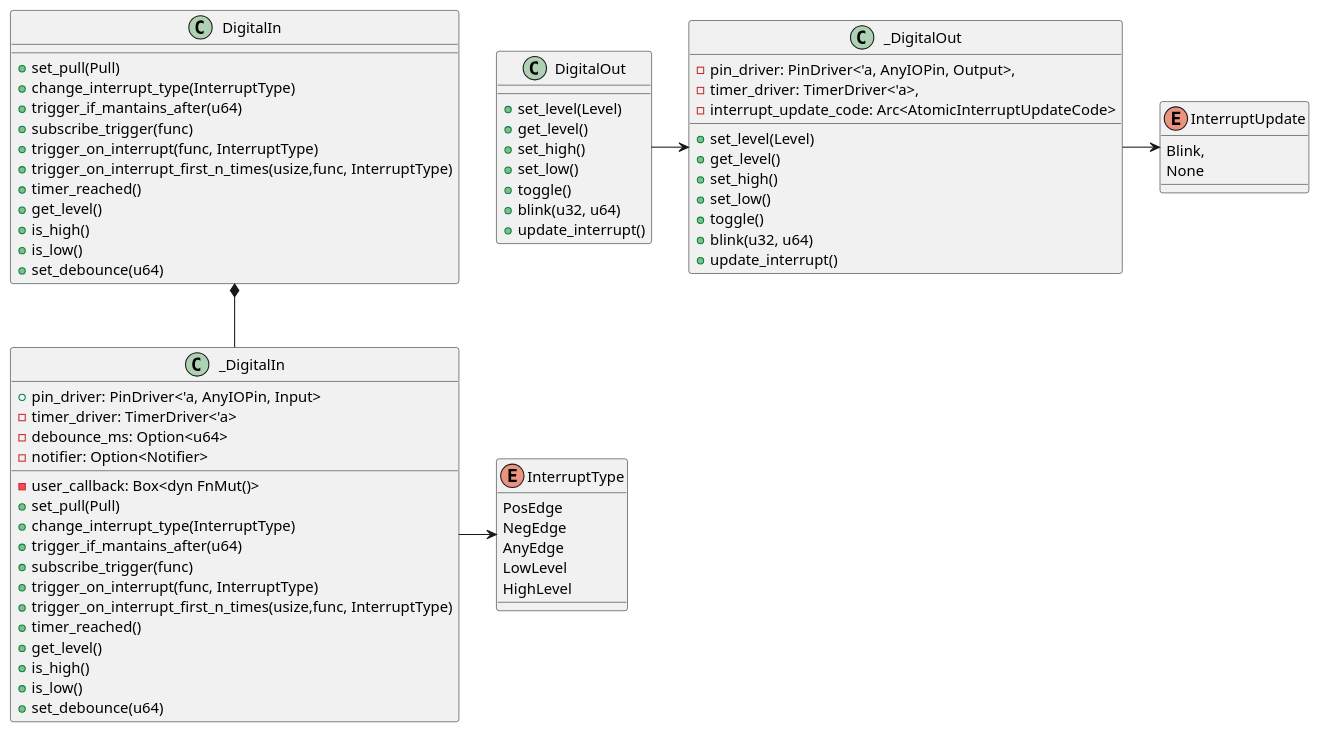
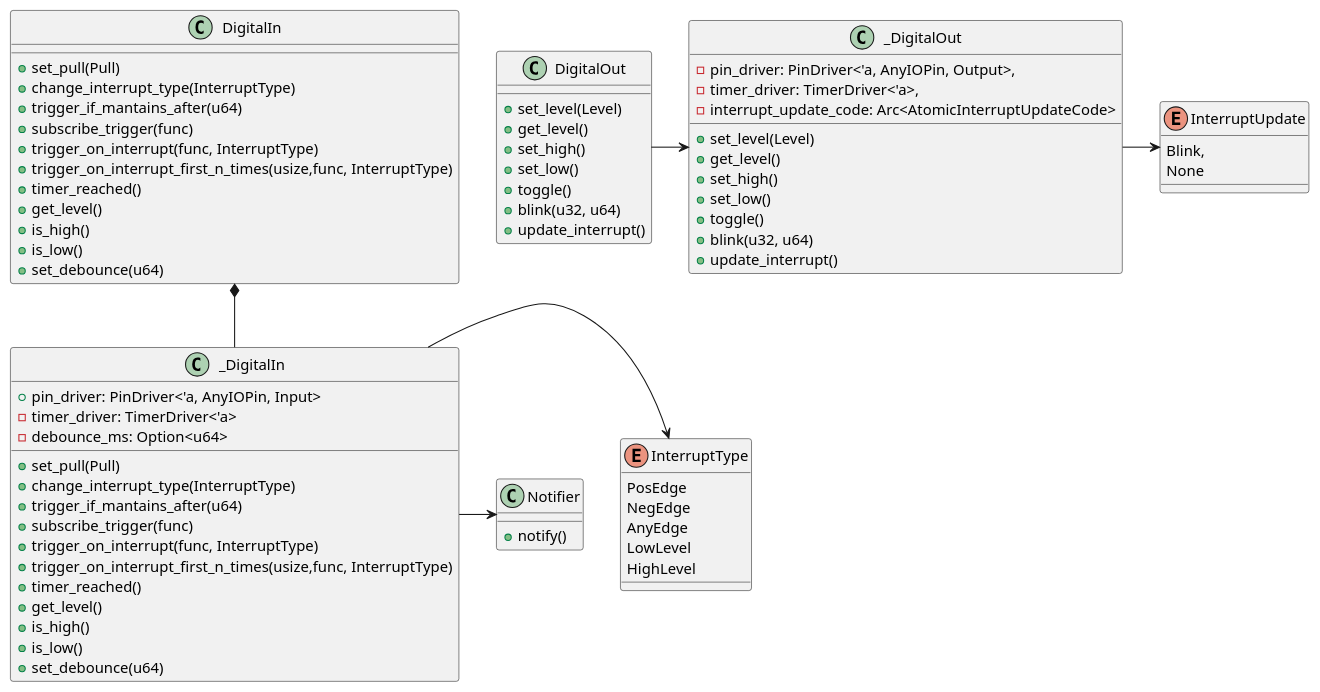
Before and after one commit to esp32framework/esp32framework: the diagram in diagrams/digital.puml, drawn with PlantUML. The commit also changed 8 other files, not shown here.

```diff
--- a/diagrams/digital.puml
+++ b/diagrams/digital.puml
@@ -1,78 +1,80 @@
 @startuml diagrama
 
 class DigitalOut{
     +set_level(Level)
     +get_level()
     +set_high()
     +set_low()
     +toggle()
     +blink(u32, u64)
     +update_interrupt()
 }
 
 class _DigitalOut {
     -pin_driver: PinDriver<'a, AnyIOPin, Output>,
     -timer_driver: TimerDriver<'a>,
     -interrupt_update_code: Arc<AtomicInterruptUpdateCode>
     +set_level(Level)
     +get_level()
     +set_high()
     +set_low()
     +toggle()
     +blink(u32, u64)
     +update_interrupt()
 }
 
 
 class DigitalIn{
     +set_pull(Pull)
     +change_interrupt_type(InterruptType)
     +trigger_if_mantains_after(u64)
     +subscribe_trigger(func)
     +trigger_on_interrupt(func, InterruptType)
     +trigger_on_interrupt_first_n_times(usize,func, InterruptType)
     +timer_reached()
     +get_level()
     +is_high()
     +is_low()
     +set_debounce(u64)
 }
 
 class _DigitalIn {
     +pin_driver: PinDriver<'a, AnyIOPin, Input>
     -timer_driver: TimerDriver<'a>
-    -user_callback: Box<dyn FnMut()>
     -debounce_ms: Option<u64>
-    -notifier: Option<Notifier>
     +set_pull(Pull)
     +change_interrupt_type(InterruptType)
     +trigger_if_mantains_after(u64)
     +subscribe_trigger(func)
     +trigger_on_interrupt(func, InterruptType)
     +trigger_on_interrupt_first_n_times(usize,func, InterruptType)
     +timer_reached()
     +get_level()
     +is_high()
     +is_low()
     +set_debounce(u64)
+}
+
+class Notifier{
+    + notify()
 }
 
 enum InterruptType {
     PosEdge
     NegEdge
     AnyEdge
     LowLevel
     HighLevel
 }
 
 enum InterruptUpdate {
     Blink,
     None
 }
 
 DigitalIn *-- _DigitalIn
 _DigitalIn -> InterruptType
 _DigitalOut -> InterruptUpdate
 DigitalOut -> _DigitalOut
-
+_DigitalIn -> Notifier
 @enduml
```
